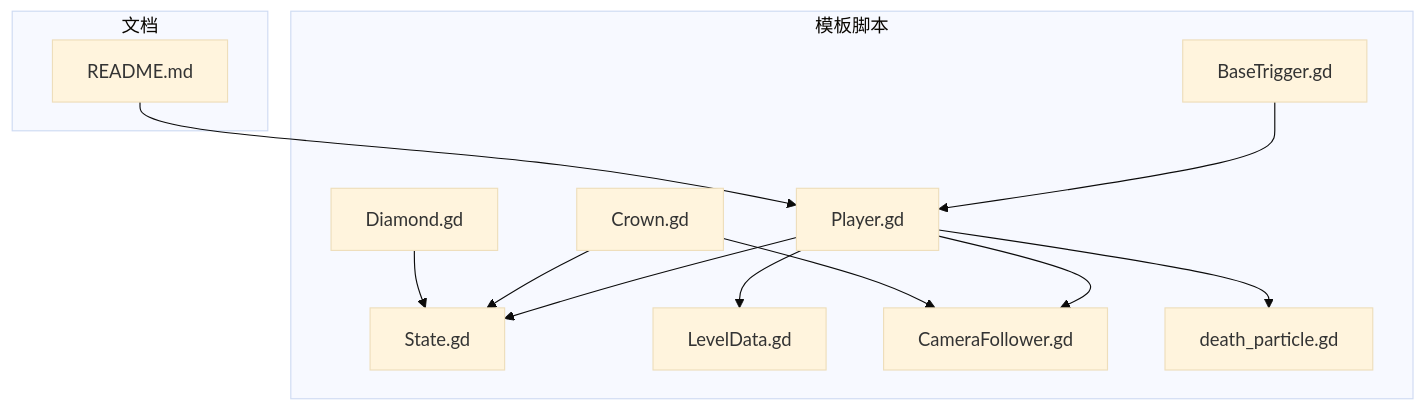
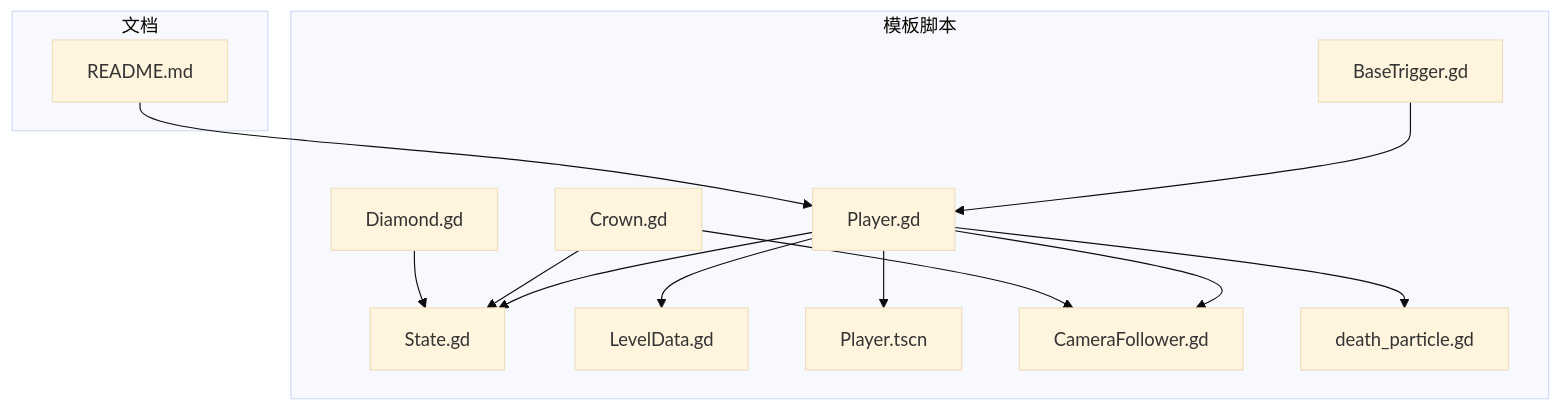
Before and after one commit to godotline/godot-line: the first of 6 diagrams in .qoder/repowiki/zh/content/游戏系统/角色控制系统.md, drawn with Mermaid (base theme). The commit also changed other lines of this file and 13 other files, not shown here.

````diff
--- a/.qoder/repowiki/zh/content/游戏系统/角色控制系统.md
+++ b/.qoder/repowiki/zh/content/游戏系统/角色控制系统.md
@@ -36,25 +44,27 @@
 ```mermaid
 graph TB
 subgraph "模板脚本"
 PL["Player.gd"]
 ST["State.gd"]
 LD["LevelData.gd"]
+PT["Player.tscn"]
 CF["CameraFollower.gd"]
 BT["BaseTrigger.gd"]
 CR["Crown.gd"]
 DM["Diamond.gd"]
 DP["death_particle.gd"]
 end
 subgraph "文档"
 RD["README.md"]
 end
 PL --> ST
 PL --> LD
+PL --> PT
 PL --> CF
 PL --> DP
 CR --> ST
 CR --> CF
 DM --> ST
 BT --> PL
 RD --> PL
 ```
````
